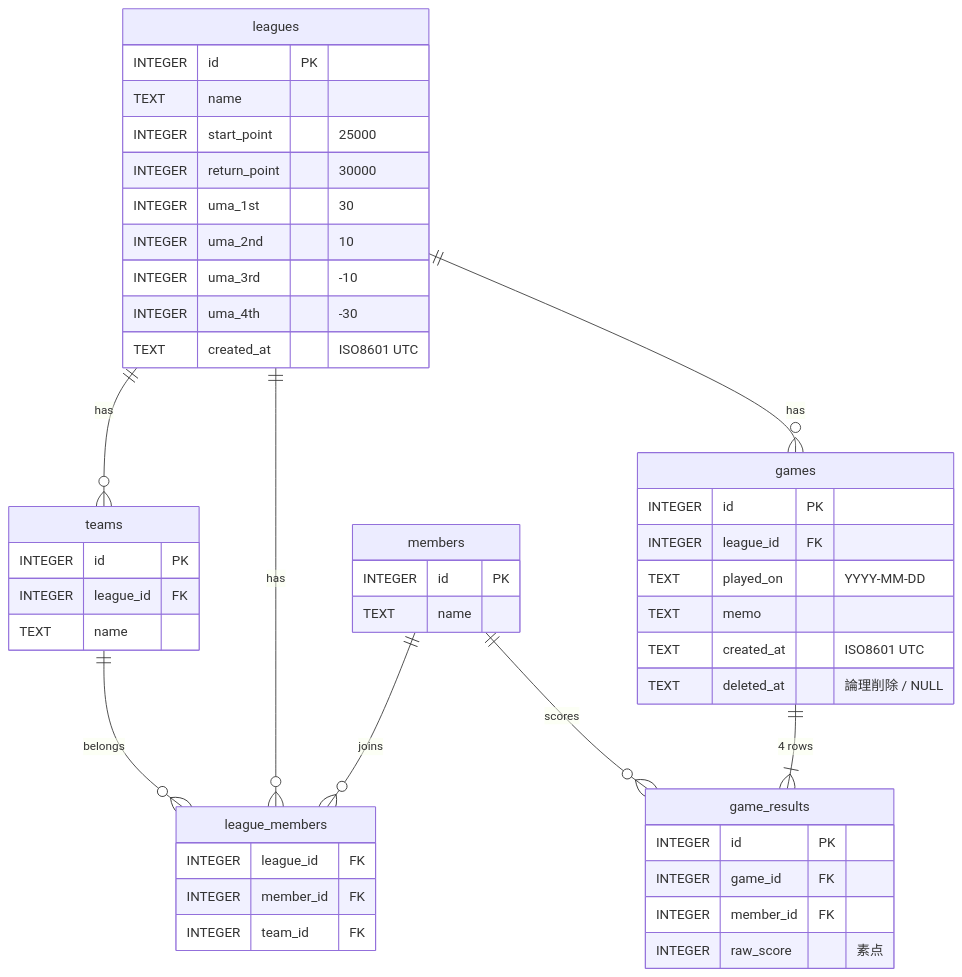
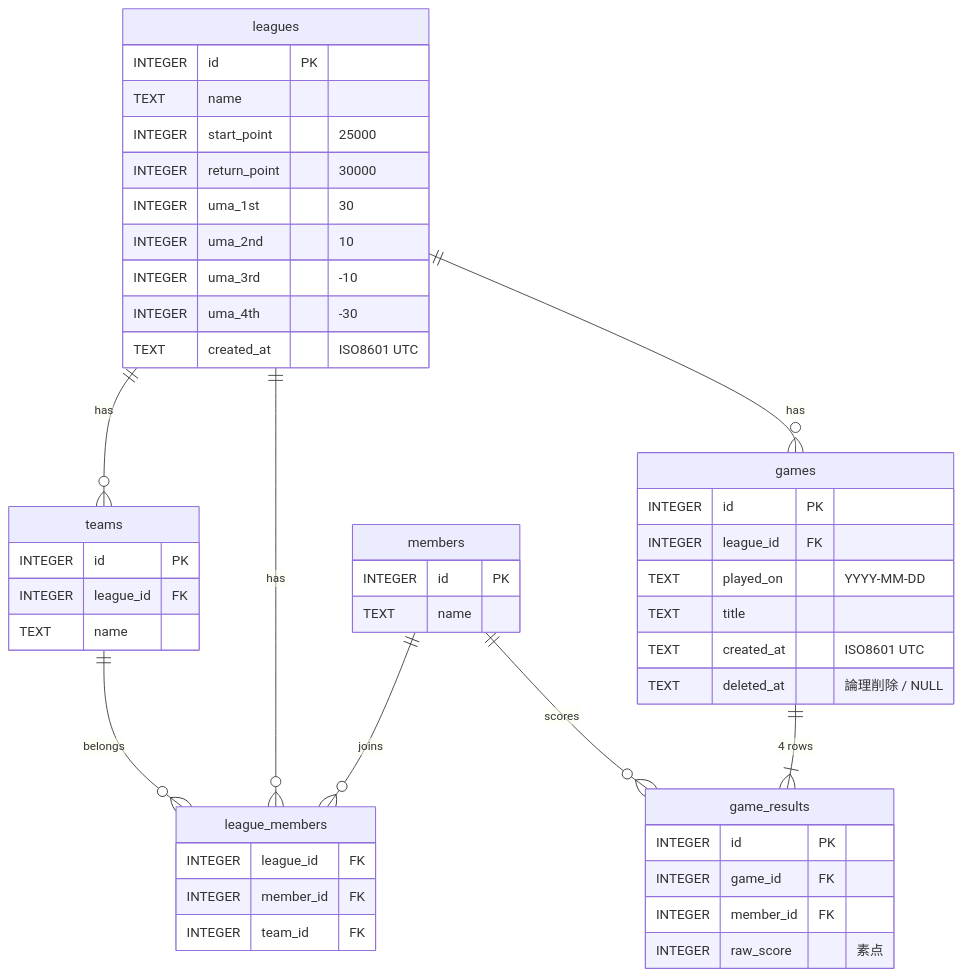
One commit to mono-yamamoto/majan changed the diagram in Guidebook/src/content/docs/spec/data-model.mdx. Above: the diagram before and after it, drawn with Mermaid. The commit also changed other lines of this file and 6 other files, not shown here.

````diff
--- a/Guidebook/src/content/docs/spec/data-model.mdx
+++ b/Guidebook/src/content/docs/spec/data-model.mdx
@@ -12,50 +12,50 @@
 ```mermaid
 erDiagram
   leagues ||--o{ teams : has
   leagues ||--o{ league_members : has
   leagues ||--o{ games : has
   teams ||--o{ league_members : "belongs"
   members ||--o{ league_members : "joins"
   games ||--|{ game_results : "4 rows"
   members ||--o{ game_results : "scores"
 
   leagues {
     INTEGER id PK
     TEXT name
     INTEGER start_point "25000"
     INTEGER return_point "30000"
     INTEGER uma_1st "30"
     INTEGER uma_2nd "10"
     INTEGER uma_3rd "-10"
     INTEGER uma_4th "-30"
     TEXT created_at "ISO8601 UTC"
   }
   teams {
     INTEGER id PK
     INTEGER league_id FK
     TEXT name
   }
   members {
     INTEGER id PK
     TEXT name
   }
   league_members {
     INTEGER league_id FK
     INTEGER member_id FK
     INTEGER team_id FK
   }
   games {
     INTEGER id PK
     INTEGER league_id FK
     TEXT played_on "YYYY-MM-DD"
-    TEXT memo
+    TEXT title
     TEXT created_at "ISO8601 UTC"
     TEXT deleted_at "論理削除 / NULL"
   }
   game_results {
     INTEGER id PK
     INTEGER game_id FK
     INTEGER member_id FK
     INTEGER raw_score "素点"
   }
 ```
````
